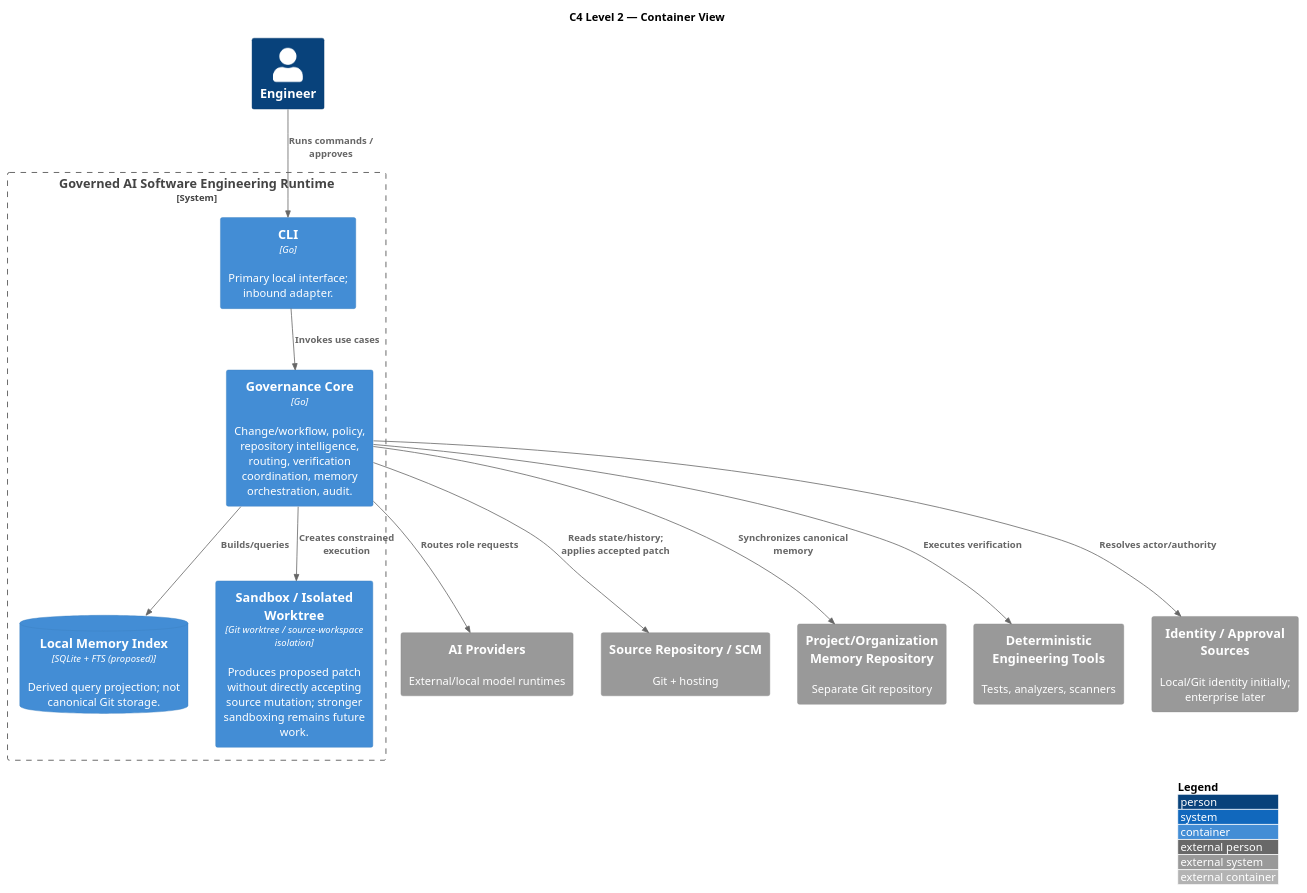
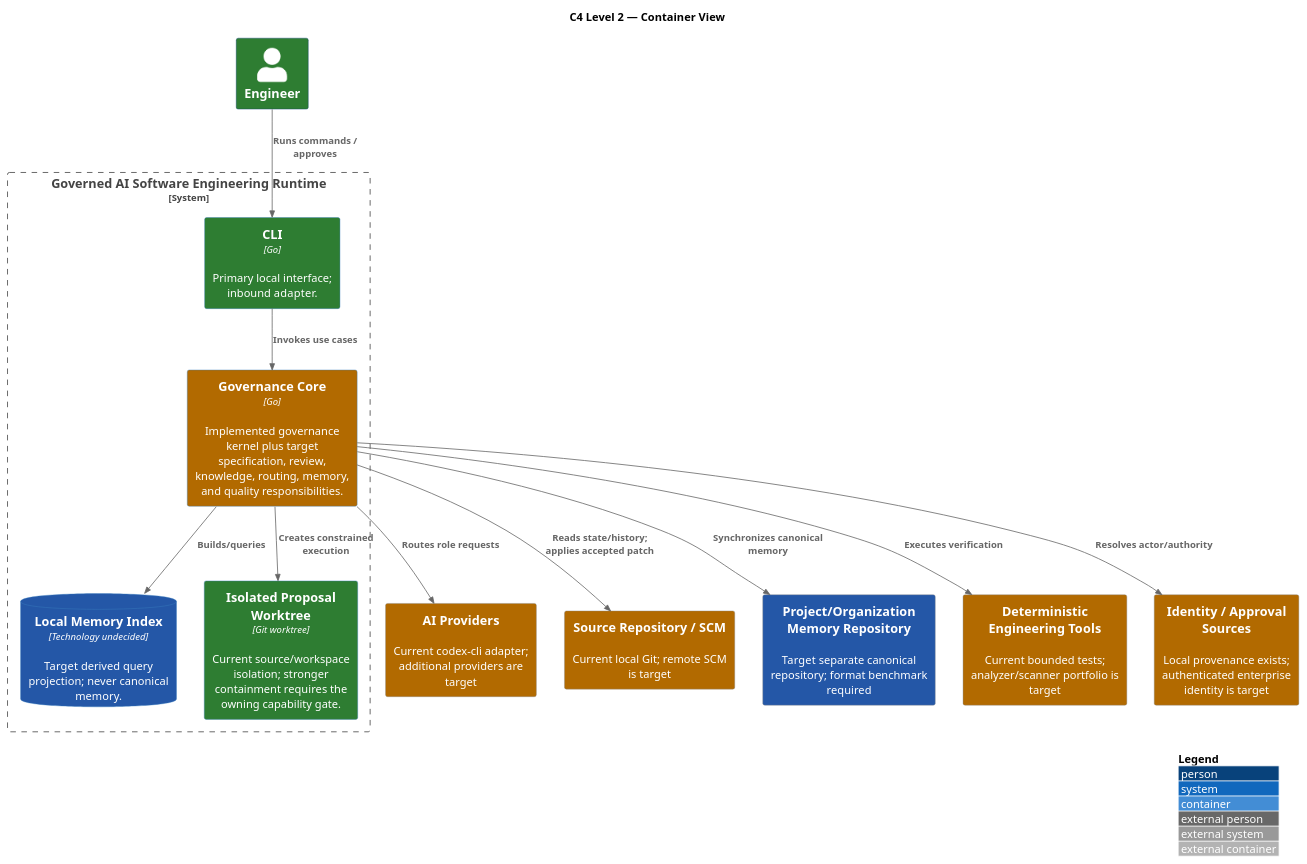
The diagram in docs/architecture/src/docs/arc42/diagrams/c4-container.puml (Eu-Pedro0ficial/praetor), drawn with PlantUML before and after one commit. The commit also changed 55 other files, not shown here.

Commit message:
docs: reconcile roadmap v2 and architecture traceability

```diff
--- a/docs/architecture/src/docs/arc42/diagrams/c4-container.puml
+++ b/docs/architecture/src/docs/arc42/diagrams/c4-container.puml
@@ -1,26 +1,30 @@
 @startuml
 !include <C4/C4_Container>
+AddElementTag("AS-IS", $bgColor="#2E7D32", $fontColor="#FFFFFF", $legendText="AS-IS")
+AddElementTag("PARTIAL", $bgColor="#B26A00", $fontColor="#FFFFFF", $legendText="PARTIAL")
+AddElementTag("TARGET", $bgColor="#2457A7", $fontColor="#FFFFFF", $legendText="TARGET")
+AddElementTag("DEFERRED", $bgColor="#6A5A78", $fontColor="#FFFFFF", $legendText="DEFERRED")
 LAYOUT_WITH_LEGEND()
 title C4 Level 2 — Container View
-Person(engineer, "Engineer")
+Person(engineer, "Engineer", $tags="AS-IS")
 System_Boundary(system, "Governed AI Software Engineering Runtime") {
-  Container(cli, "CLI", "Go", "Primary local interface; inbound adapter.")
-  Container(core, "Governance Core", "Go", "Change/workflow, policy, repository intelligence, routing, verification coordination, memory orchestration, audit.")
-  ContainerDb(index, "Local Memory Index", "SQLite + FTS (proposed)", "Derived query projection; not canonical Git storage.")
-  Container(sandbox, "Sandbox / Isolated Worktree", "Git worktree / source-workspace isolation", "Produces proposed patch without directly accepting source mutation; stronger sandboxing remains future work.")
+  Container(cli, "CLI", "Go", "Primary local interface; inbound adapter.", $tags="AS-IS")
+  Container(core, "Governance Core", "Go", "Implemented governance kernel plus target specification, review, knowledge, routing, memory, and quality responsibilities.", $tags="PARTIAL")
+  ContainerDb(index, "Local Memory Index", "Technology undecided", "Target derived query projection; never canonical memory.", $tags="TARGET")
+  Container(sandbox, "Isolated Proposal Worktree", "Git worktree", "Current source/workspace isolation; stronger containment requires the owning capability gate.", $tags="AS-IS")
 }
-System_Ext(ai, "AI Providers", "External/local model runtimes")
-System_Ext(src, "Source Repository / SCM", "Git + hosting")
-System_Ext(mem, "Project/Organization Memory Repository", "Separate Git repository")
-System_Ext(tools, "Deterministic Engineering Tools", "Tests, analyzers, scanners")
-System_Ext(idp, "Identity / Approval Sources", "Local/Git identity initially; enterprise later")
+System_Ext(ai, "AI Providers", "Current codex-cli adapter; additional providers are target", $tags="PARTIAL")
+System_Ext(src, "Source Repository / SCM", "Current local Git; remote SCM is target", $tags="PARTIAL")
+System_Ext(mem, "Project/Organization Memory Repository", "Target separate canonical repository; format benchmark required", $tags="TARGET")
+System_Ext(tools, "Deterministic Engineering Tools", "Current bounded tests; analyzer/scanner portfolio is target", $tags="PARTIAL")
+System_Ext(idp, "Identity / Approval Sources", "Local provenance exists; authenticated enterprise identity is target", $tags="PARTIAL")
 Rel(engineer, cli, "Runs commands / approves")
 Rel(cli, core, "Invokes use cases")
 Rel(core, index, "Builds/queries")
 Rel(core, sandbox, "Creates constrained execution")
 Rel(core, ai, "Routes role requests")
 Rel(core, src, "Reads state/history; applies accepted patch")
 Rel(core, mem, "Synchronizes canonical memory")
 Rel(core, tools, "Executes verification")
 Rel(core, idp, "Resolves actor/authority")
 @enduml
```
